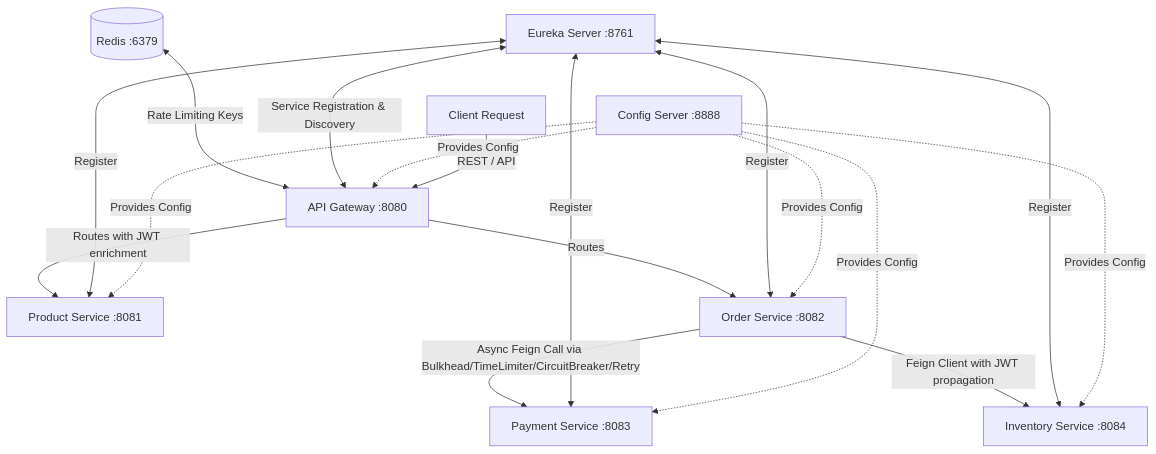
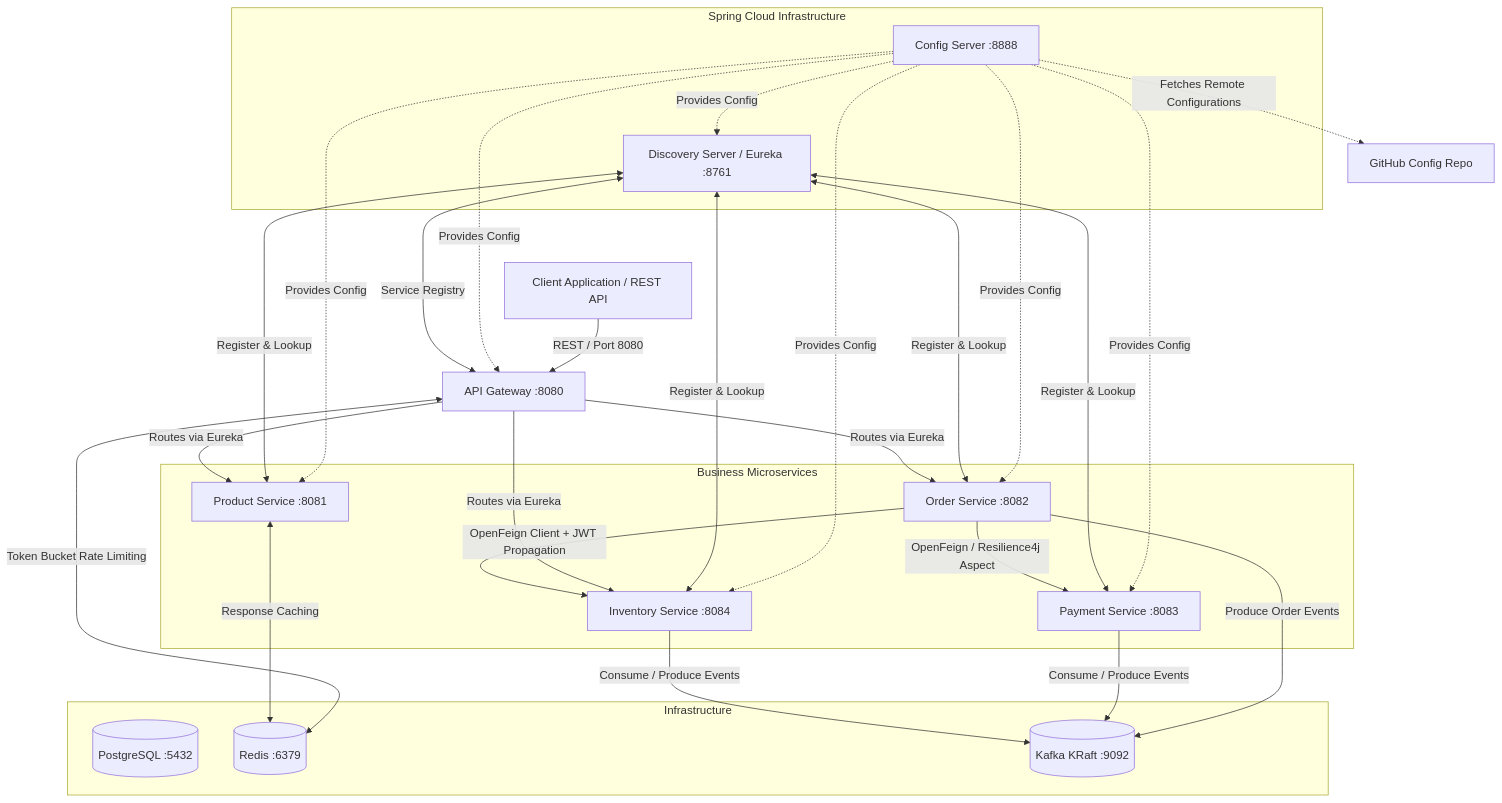
The first of 3 diagrams in README.md (M7mdselim/Ecommerce-Project), drawn with Mermaid before and after one commit. The commit also changed other lines of this file and 22 other files, not shown here.

````diff
--- a/README.md
+++ b/README.md
@@ -11,28 +9,53 @@
 ```mermaid
 graph TD
-    Client[Client Request] -->|REST / API| Gateway[API Gateway :8080]
+    Client[Client Application / REST API] -->|REST / Port 8080| Gateway[API Gateway :8080]
+
+    subgraph Infrastructure
+        PG[(PostgreSQL :5432)]
+        RD[(Redis :6379)]
+        KF[(Kafka KRaft :9092)]
+    end
+
+    subgraph Spring Cloud Infrastructure
+        Config[Config Server :8888]
+        Eureka[Discovery Server / Eureka :8761]
+    end
+
+    subgraph Business Microservices
+        Product[Product Service :8081]
+        Order[Order Service :8082]
+        Payment[Payment Service :8083]
+        Inventory[Inventory Service :8084]
+    end
+
+    Config -.->|Fetches Remote Configurations| Github[GitHub Config Repo]
     
-    %% Config & Discovery
-    Config[Config Server :8888] -.->|Provides Config| Gateway
-    Config -.->|Provides Config| Product[Product Service :8081]
-    Config -.->|Provides Config| Order[Order Service :8082]
-    Config -.->|Provides Config| Payment[Payment Service :8083]
-    Config -.->|Provides Config| Inventory[Inventory Service :8084]
-    
-    Eureka[Eureka Server :8761] <--->|Service Registration & Discovery| Gateway
-    Eureka <--->|Register| Product
-    Eureka <--->|Register| Order
-    Eureka <--->|Register| Payment
-    Eureka <--->|Register| Inventory
+    %% Config Server dependencies
+    Config -.->|Provides Config| Eureka
+    Config -.->|Provides Config| Gateway
+    Config -.->|Provides Config| Product
+    Config -.->|Provides Config| Order
+    Config -.->|Provides Config| Payment
+    Config -.->|Provides Config| Inventory
 
-    %% Downstream Traffic Routing
-    Gateway -->|Routes with JWT enrichment| Product
-    Gateway -->|Routes| Order
-    
-    %% Service-to-Service Flow
-    Order -->|Feign Client with JWT propagation| Inventory
-    Order -->|Async Feign Call via Bulkhead/TimeLimiter/CircuitBreaker/Retry| Payment
-    
-    %% Redis connection
-    Redis[(Redis :6379)] <--->|Rate Limiting Keys| Gateway
+    %% Discovery Registration
+    Eureka <--->|Service Registry| Gateway
+    Eureka <--->|Register & Lookup| Product
+    Eureka <--->|Register & Lookup| Order
+    Eureka <--->|Register & Lookup| Payment
+    Eureka <--->|Register & Lookup| Inventory
+
+    %% Gateway Routing & Redis
+    Gateway -->|Routes via Eureka| Product
+    Gateway -->|Routes via Eureka| Order
+    Gateway -->|Routes via Eureka| Inventory
+    Gateway <--->|Token Bucket Rate Limiting| RD
+
+    %% Inter-service Sync & Async Communication
+    Order -->|OpenFeign Client + JWT Propagation| Inventory
+    Order -->|OpenFeign / Resilience4j Aspect| Payment
+    Order -->|Produce Order Events| KF
+    Payment -->|Consume / Produce Events| KF
+    Inventory -->|Consume / Produce Events| KF
+    Product <--->|Response Caching| RD
 ```
````
